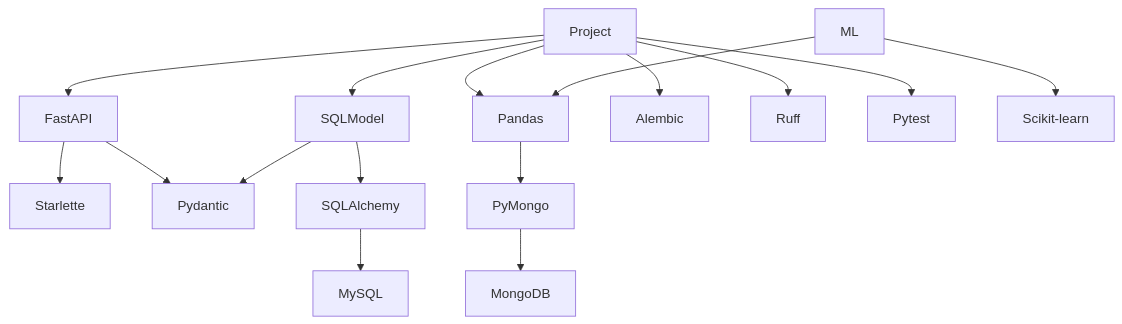
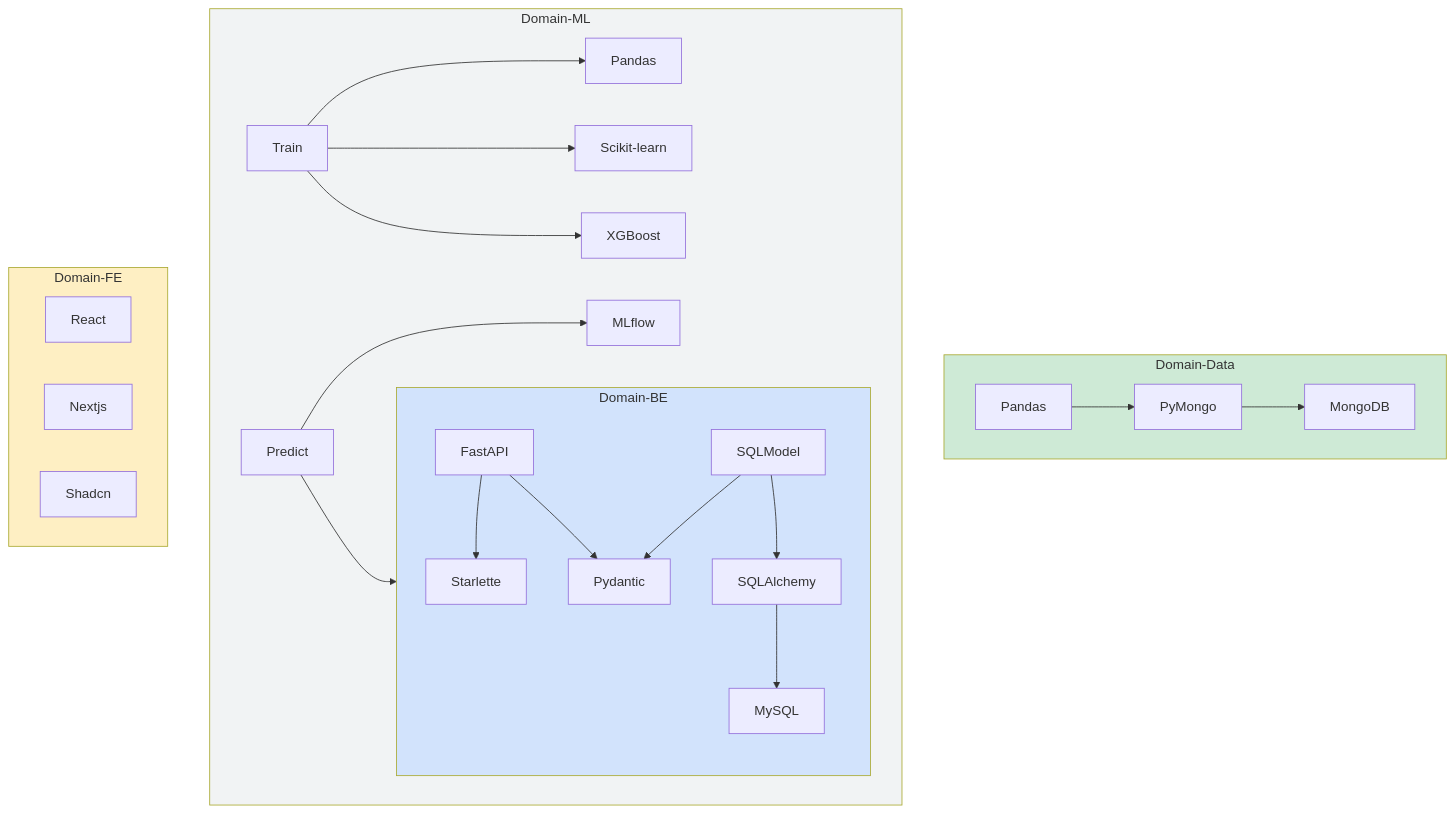
Before and after one commit to MingLi19/data: the diagram in README.md, drawn with Mermaid.

````diff
--- a/README.md
+++ b/README.md
@@ -21,10 +21,31 @@
 ```mermaid
 graph TD;
-    Project --> FastAPI & SQLModel & Pandas & Alembic & Ruff & Pytest;
-    FastAPI --> Starlette & Pydantic;
-    SQLModel --> SQLAlchemy & Pydantic;
-    SQLAlchemy --> MySQL;
-    Pandas --> PyMongo;
-    PyMongo --> MongoDB;
-    ML --> Scikit-learn & Pandas;
+    subgraph Domain-BE
+        direction TB
+        FastAPI --> Starlette & Pydantic;
+        SQLModel --> SQLAlchemy & Pydantic;
+        SQLAlchemy --> MySQL;
+    end
+    subgraph Domain-Data
+        Pandas --> PyMongo;
+        PyMongo --> MongoDB;
+    end
+    subgraph Domain-ML
+        Train --> Pandas*[Pandas] & Scikit-learn & XGBoost;
+        Predict --> MLflow & Domain-BE;
+    end
+    subgraph Domain-FE
+        React
+        Nextjs
+        Shadcn
+    end
+    classDef red fill:#FAD2CF
+    classDef green fill:#CEEAD6
+    classDef blue fill:#D2E3FC
+    classDef yellow fill:#FEEFC3
+    classDef grey fill:#F1F3F4
+    class Domain-BE blue
+    class Domain-Data green
+    class Domain-FE yellow
+    class Domain-ML grey
 ```
````
